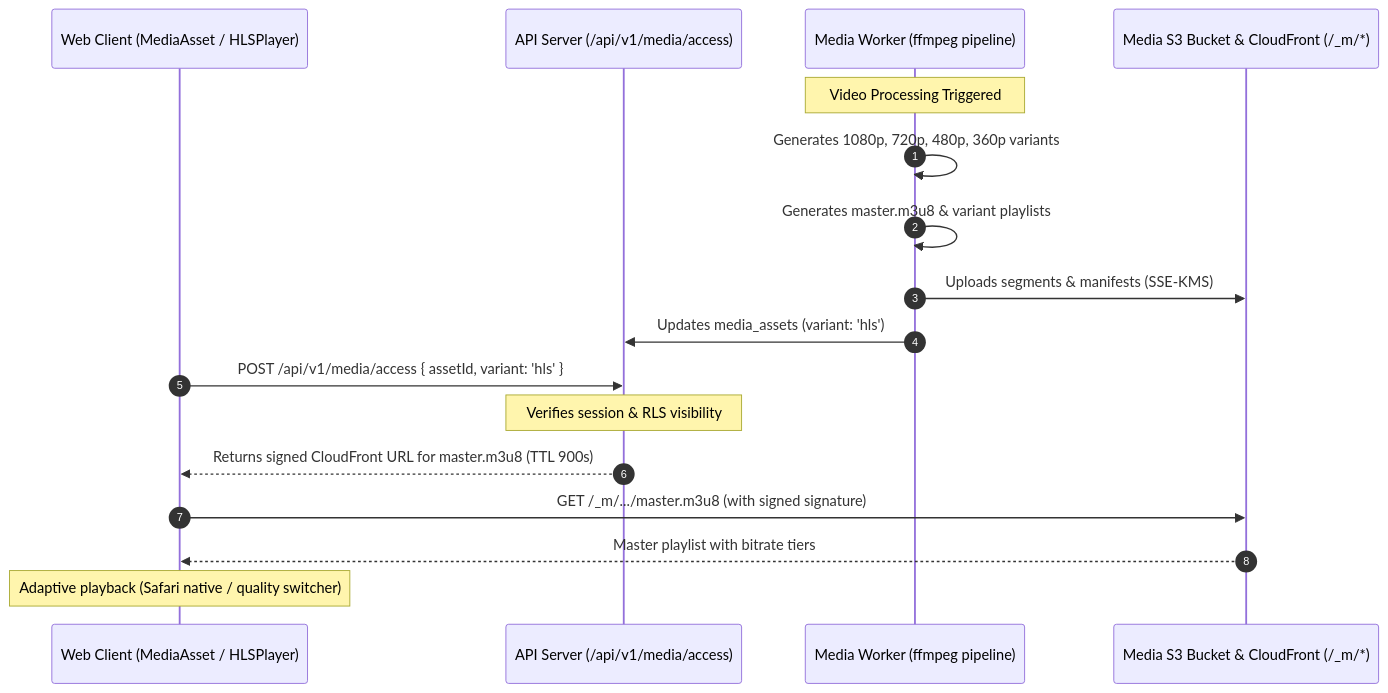
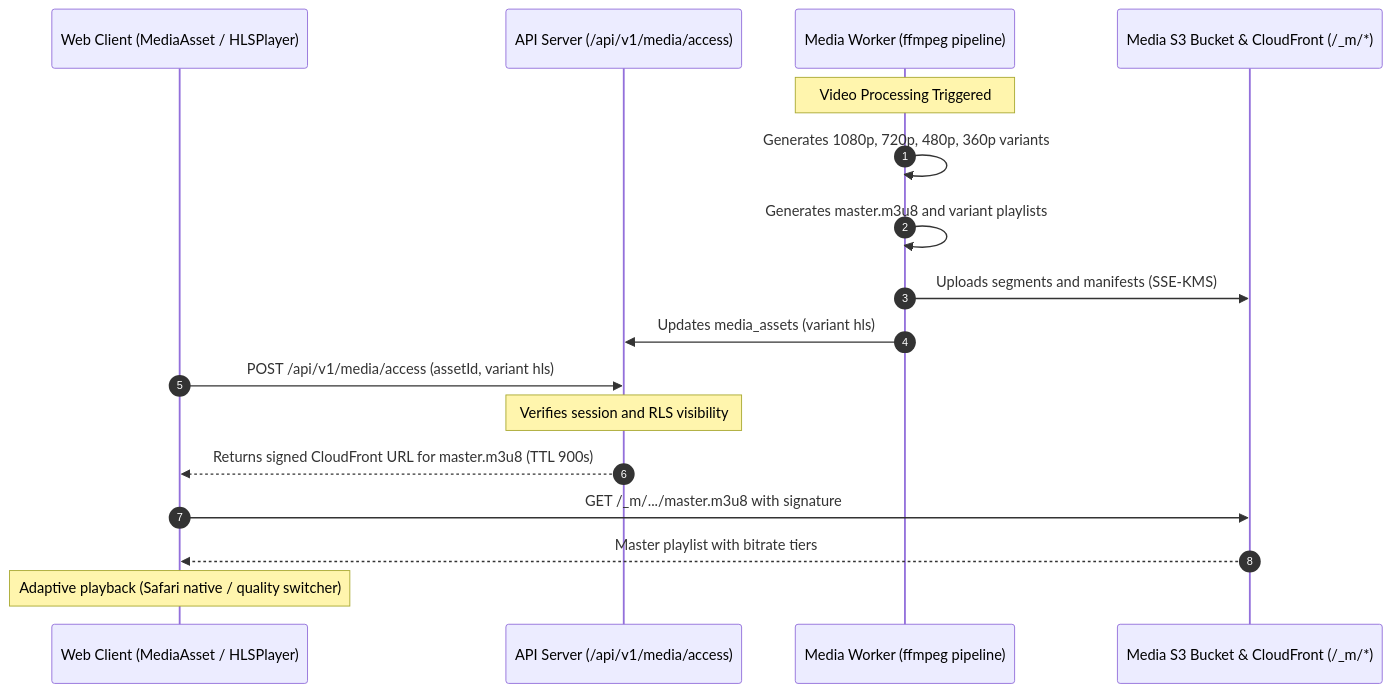
One commit to HarshkumarG007/SlowLight changed diagram 16 of 17 in README.md. Above: the diagram before and after it, drawn with Mermaid. The commit also changed other lines of this file, not shown here.

Commit message:
docs(readme): fix GitHub Mermaid parser syntax across all sequence diagrams

````diff
--- a/README.md
+++ b/README.md
@@ -1100,20 +1100,20 @@
 ```mermaid
 sequenceDiagram
     autonumber
     participant W as Web Client (MediaAsset / HLSPlayer)
     participant S as API Server (/api/v1/media/access)
     participant M as Media Worker (ffmpeg pipeline)
     participant C as Media S3 Bucket & CloudFront (/_m/*)
 
     Note over M: Video Processing Triggered
     M->>M: Generates 1080p, 720p, 480p, 360p variants
-    M->>M: Generates master.m3u8 & variant playlists
-    M->>C: Uploads segments & manifests (SSE-KMS)
-    M->>S: Updates media_assets (variant: 'hls')
-    W->>S: POST /api/v1/media/access { assetId, variant: 'hls' }
-    Note over S: Verifies session & RLS visibility
+    M->>M: Generates master.m3u8 and variant playlists
+    M->>C: Uploads segments and manifests (SSE-KMS)
+    M->>S: Updates media_assets (variant hls)
+    W->>S: POST /api/v1/media/access (assetId, variant hls)
+    Note over S: Verifies session and RLS visibility
     S-->>W: Returns signed CloudFront URL for master.m3u8 (TTL 900s)
-    W->>C: GET /_m/.../master.m3u8 (with signed signature)
+    W->>C: GET /_m/.../master.m3u8 with signature
     C-->>W: Master playlist with bitrate tiers
     Note over W: Adaptive playback (Safari native / quality switcher)
 ```
````
